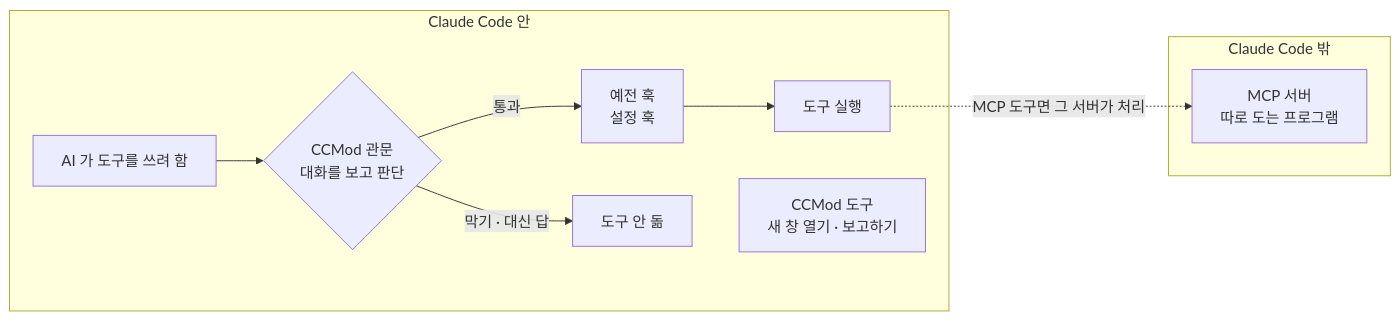
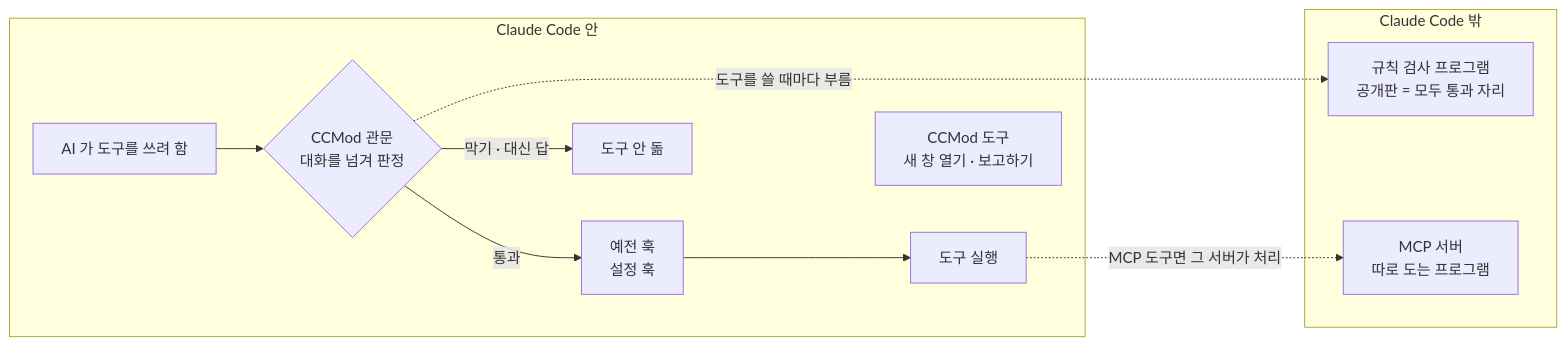
One commit to treylom/mod-for-slack changed the second of 2 diagrams in docs/install.md. Above: the diagram before and after it, drawn with Mermaid. The commit also changed other lines of this file and 11 other files, not shown here.

````diff
--- a/docs/install.md
+++ b/docs/install.md
@@ -11,13 +30,15 @@
 ```mermaid
 flowchart LR
   subgraph IN["Claude Code 안"]
-    A["AI 가 도구를 쓰려 함"] --> G{"CCMod 관문<br/>대화를 보고 판단"}
+    A["AI 가 도구를 쓰려 함"] --> G{"CCMod 관문<br/>대화를 넘겨 판정"}
     G -- "통과" --> H["예전 훅<br/>설정 훅"] --> T["도구 실행"]
     G -- "막기 · 대신 답" --> X["도구 안 돎"]
     MT["CCMod 도구<br/>새 창 열기 · 보고하기"]
   end
   subgraph OUT["Claude Code 밖"]
+    P["규칙 검사 프로그램<br/>공개판 = 모두 통과 자리"]
     M["MCP 서버<br/>따로 도는 프로그램"]
   end
+  G -. "도구를 쓸 때마다 부름" .-> P
   T -. "MCP 도구면 그 서버가 처리" .-> M
 ```
````
